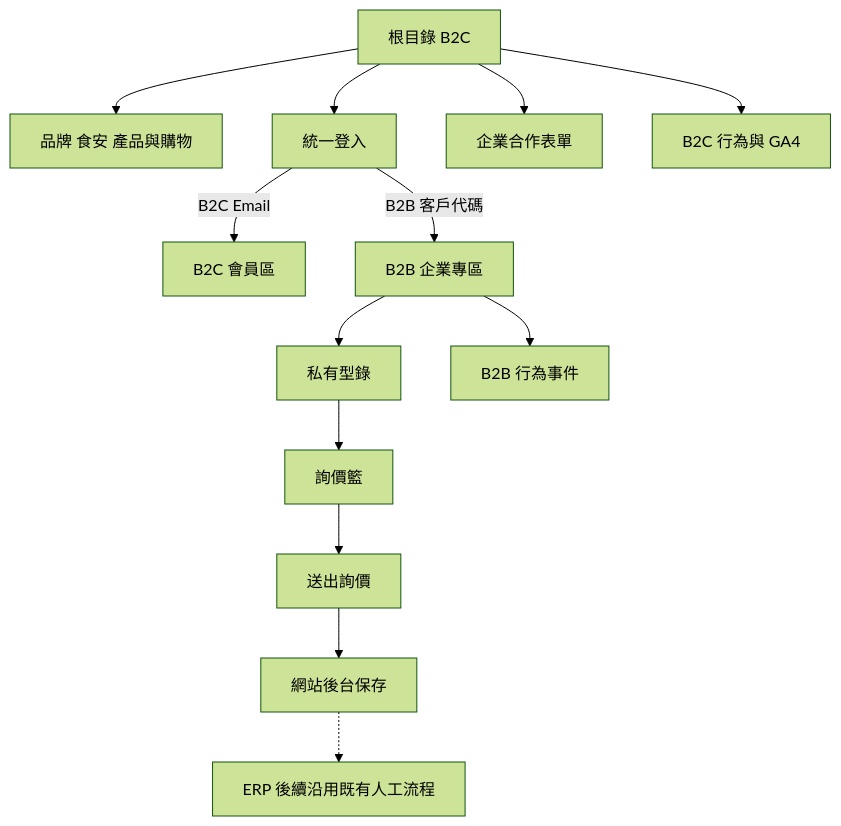
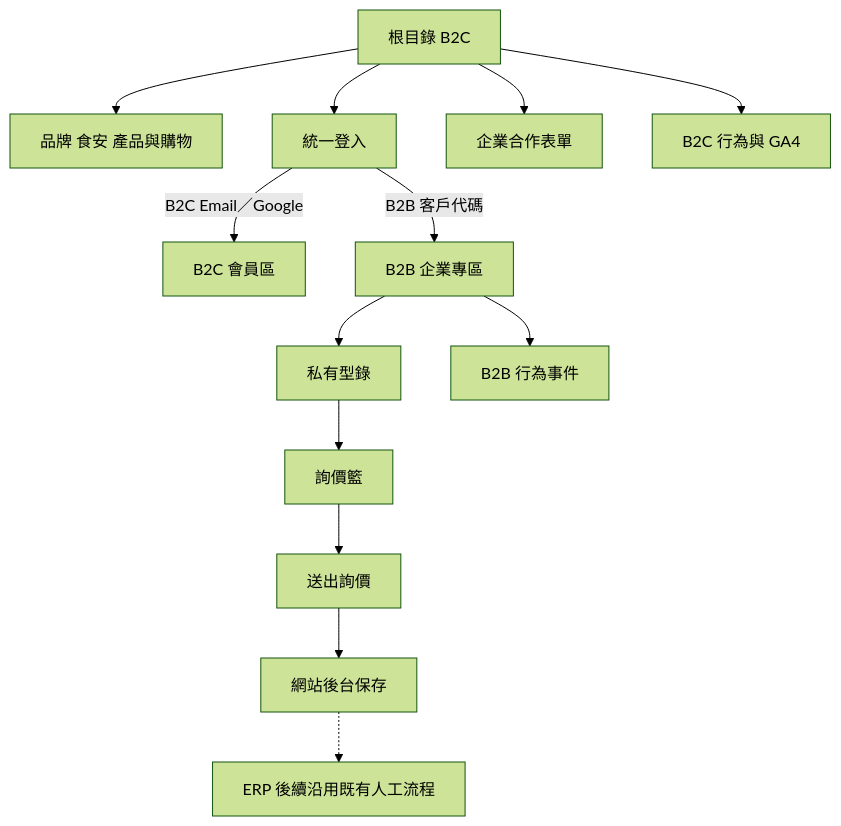
The first of 5 diagrams in docs/PRDv3.1.md (Cindy902121/yuanjia), drawn with Mermaid (forest theme) before and after one commit. The commit also changed other lines of this file and 18 other files, not shown here.

````diff
--- a/docs/PRDv3.1.md
+++ b/docs/PRDv3.1.md
@@ -117,15 +118,15 @@
 ```mermaid
 flowchart TD
     A[根目錄 B2C] --> B[品牌 食安 產品與購物]
     A --> C[統一登入]
-    C -->|B2C Email| D[B2C 會員區]
+    C -->|B2C Email／Google| D[B2C 會員區]
     C -->|B2B 客戶代碼| E[B2B 企業專區]
     E --> F[私有型錄]
     F --> G[詢價籃]
     G --> H[送出詢價]
     H --> I[網站後台保存]
     I -.-> J[ERP 後續沿用既有人工流程]
     A --> K[企業合作表單]
     A --> L[B2C 行為與 GA4]
     E --> M[B2B 行為事件]
 ```
````
